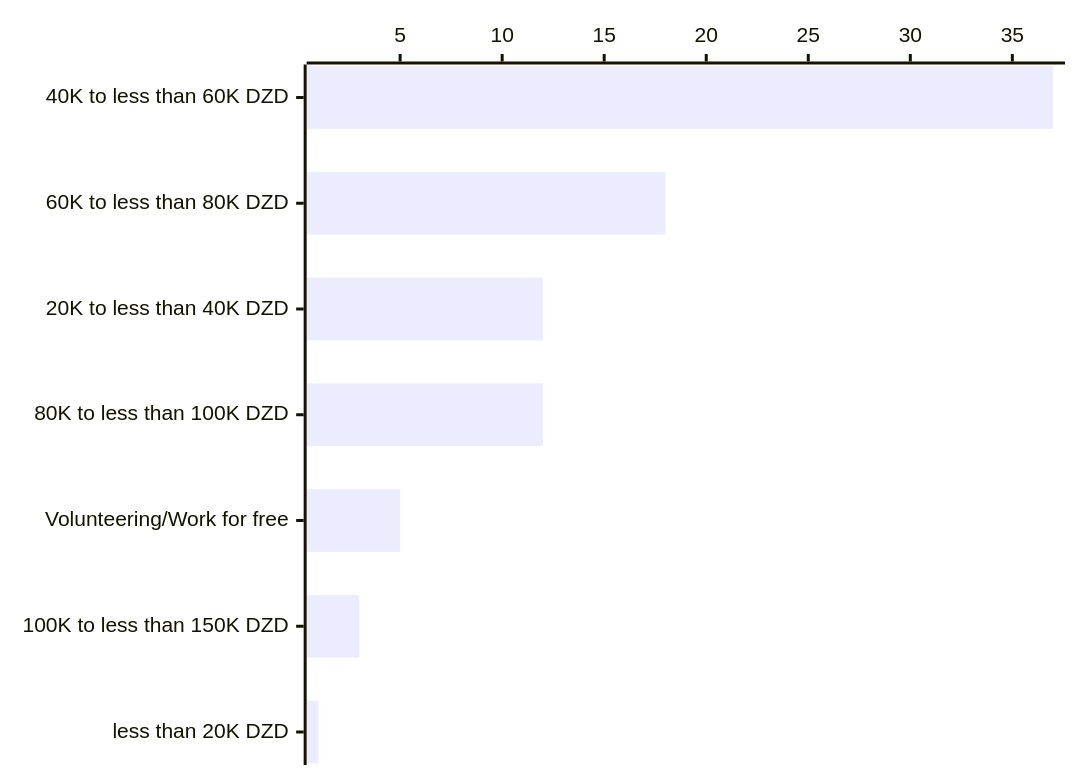
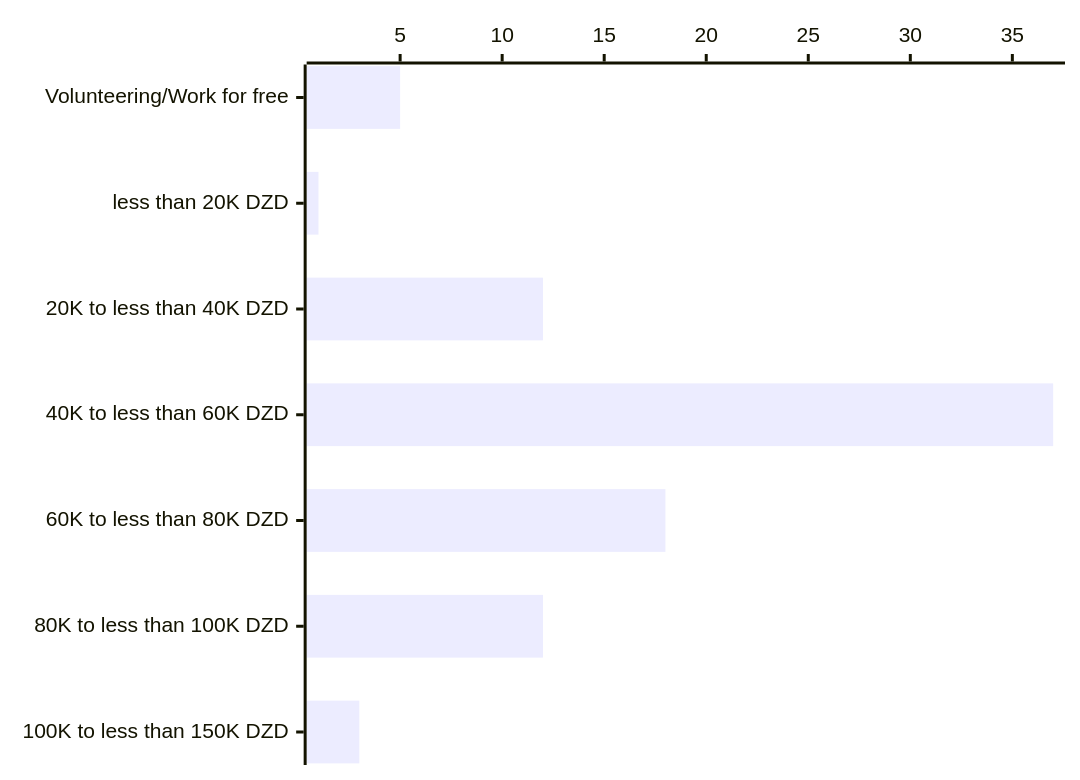
Before and after one commit to Fcmam5/state-of-dz-swe-2024: the fourth of 10 diagrams in website/docs/insights/remuneration.md, drawn with Mermaid. The commit also changed other lines of this file and 9 other files, not shown here.

````diff
--- a/website/docs/insights/remuneration.md
+++ b/website/docs/insights/remuneration.md
@@ -96,5 +96,5 @@
 ```mermaid
 xychart-beta horizontal
-  x-axis ["40K to less than 60K DZD","60K to less than 80K DZD","20K to less than 40K DZD","80K to less than 100K DZD","Volunteering/Work for free","100K to less than 150K DZD","less than 20K DZD"]
-  bar [37,18,12,12,5,3,1]
+  x-axis ["Volunteering/Work for free","less than 20K DZD","20K to less than 40K DZD","40K to less than 60K DZD","60K to less than 80K DZD","80K to less than 100K DZD","100K to less than 150K DZD"]
+  bar [5,1,12,37,18,12,3]
 ```
````
